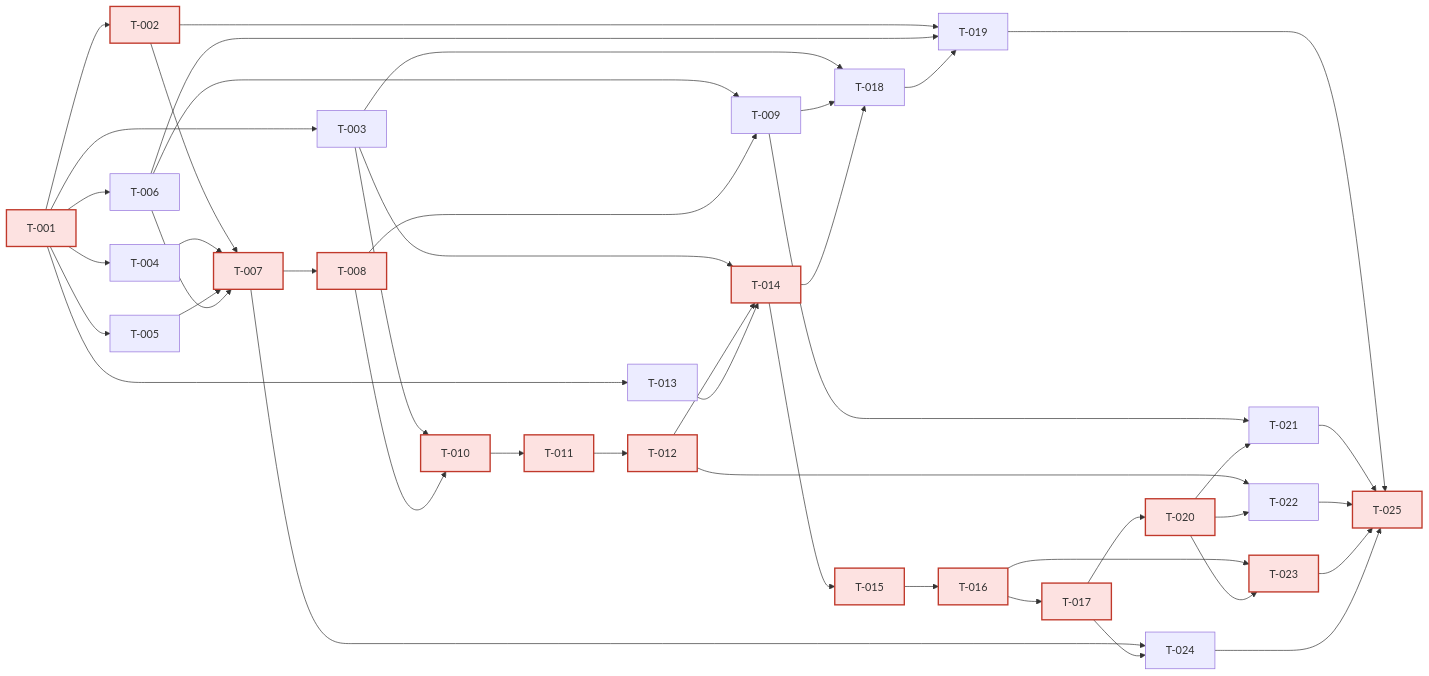
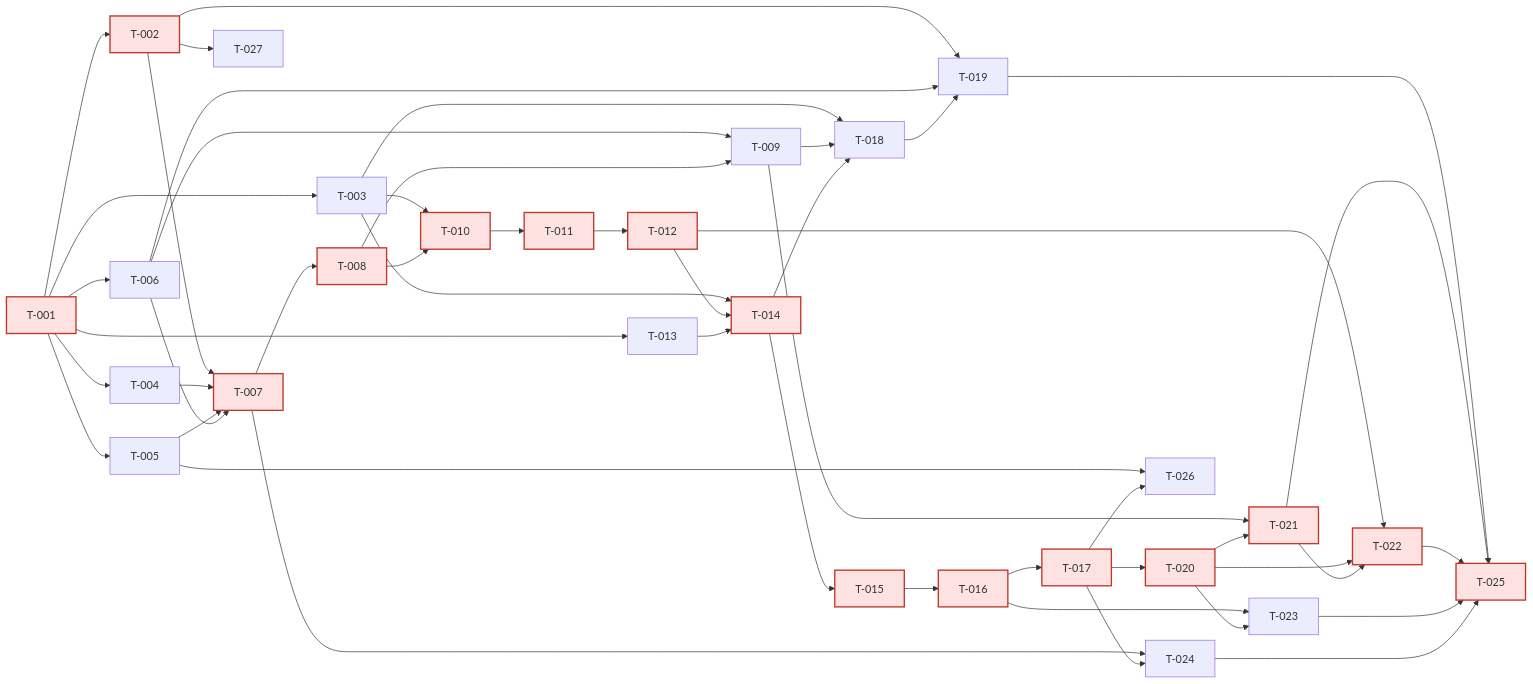
Before and after one commit to AndersonYzarra/mi-junta: the diagram in spec-pack/08-backlog.md, drawn with Mermaid. The commit also changed other lines of this file and 7 other files, not shown here.

````diff
--- a/spec-pack/08-backlog.md
+++ b/spec-pack/08-backlog.md
@@ -95,25 +99,27 @@
 ```mermaid
 flowchart LR
     T001[T-001] --> T002[T-002] & T003[T-003] & T004[T-004] & T005[T-005] & T006[T-006] & T013[T-013]
     T002 & T004 & T005 & T006 --> T007[T-007]
     T007 --> T008[T-008]
     T006 & T008 --> T009[T-009]
     T003 & T008 --> T010[T-010]
     T010 --> T011[T-011]
     T011 --> T012[T-012]
     T003 & T012 & T013 --> T014[T-014]
     T014 --> T015[T-015]
     T015 --> T016[T-016]
     T016 --> T017[T-017]
     T003 & T009 & T014 --> T018[T-018]
     T002 & T006 & T018 --> T019[T-019]
     T017 --> T020[T-020]
     T009 & T020 --> T021[T-021]
-    T012 & T020 --> T022[T-022]
+    T012 & T020 & T021 --> T022[T-022]
     T016 & T020 --> T023[T-023]
     T007 & T017 --> T024[T-024]
     T019 & T021 & T022 & T023 & T024 --> T025[T-025]
+    T005 & T017 --> T026[T-026]
+    T002 --> T027[T-027]
 
     classDef critical fill:#fde2e1,stroke:#c0392b,stroke-width:2px
-    class T001,T002,T007,T008,T010,T011,T012,T014,T015,T016,T017,T020,T023,T025 critical
+    class T001,T002,T007,T008,T010,T011,T012,T014,T015,T016,T017,T020,T021,T022,T025 critical
 ```
````
